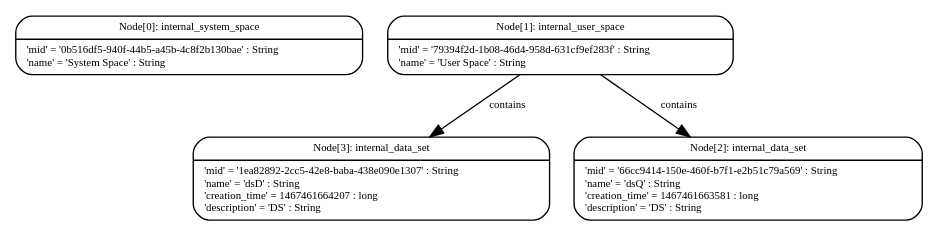
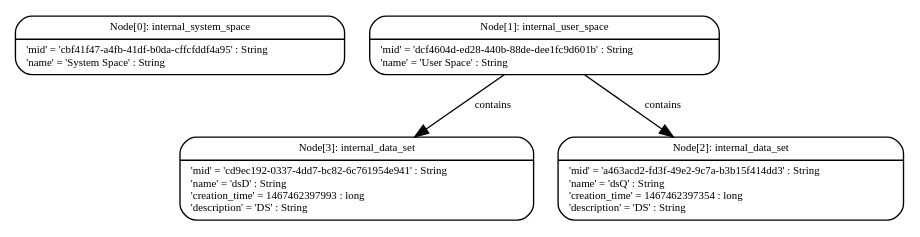
One commit to sholloway/graph-engine changed the diagram in viz/temp.dot. Above: the diagram before and after it, drawn with Graphviz. The commit also changed 5 other files, not shown here.

Commit message:
Repaired WebServerSystemSpaceSpec tests.

```diff
--- a/viz/temp.dot
+++ b/viz/temp.dot
@@ -1,29 +1,29 @@
 digraph Neo {
   node [
     fontsize = "8"
     shape = "Mrecord"
     fontname = "Bitstream Vera Sans"
   ]
   edge [
     fontname = "Bitstream Vera Sans"
     fontsize = "8"
   ]
   N0 [
-    label = "{Node\[0\]: internal_system_space|'mid' = '0b516df5-940f-44b5-a45b-4c8f2b130bae' : String\l'name' = 'System Space' : String\l}"
+    label = "{Node\[0\]: internal_system_space|'mid' = 'cbf41f47-a4fb-41df-b0da-cffcfddf4a95' : String\l'name' = 'System Space' : String\l}"
   ]
   N1 [
-    label = "{Node\[1\]: internal_user_space|'mid' = '79394f2d-1b08-46d4-958d-631cf9ef283f' : String\l'name' = 'User Space' : String\l}"
+    label = "{Node\[1\]: internal_user_space|'mid' = 'dcf4604d-ed28-440b-88de-dee1fc9d601b' : String\l'name' = 'User Space' : String\l}"
   ]
   N1 -> N3 [
     label = "contains\n"
   ]
   N1 -> N2 [
     label = "contains\n"
   ]
   N2 [
-    label = "{Node\[2\]: internal_data_set|'mid' = '66cc9414-150e-460f-b7f1-e2b51c79a569' : String\l'name' = 'dsQ' : String\l'creation_time' = 1467461663581 : long\l'description' = 'DS' : String\l}"
+    label = "{Node\[2\]: internal_data_set|'mid' = 'a463acd2-fd3f-49e2-9c7a-b3b15f414dd3' : String\l'name' = 'dsQ' : String\l'creation_time' = 1467462397354 : long\l'description' = 'DS' : String\l}"
   ]
   N3 [
-    label = "{Node\[3\]: internal_data_set|'mid' = '1ea82892-2cc5-42e8-baba-438e090e1307' : String\l'name' = 'dsD' : String\l'creation_time' = 1467461664207 : long\l'description' = 'DS' : String\l}"
+    label = "{Node\[3\]: internal_data_set|'mid' = 'cd9ec192-0337-4dd7-bc82-6c761954e941' : String\l'name' = 'dsD' : String\l'creation_time' = 1467462397993 : long\l'description' = 'DS' : String\l}"
   ]
 }
```
